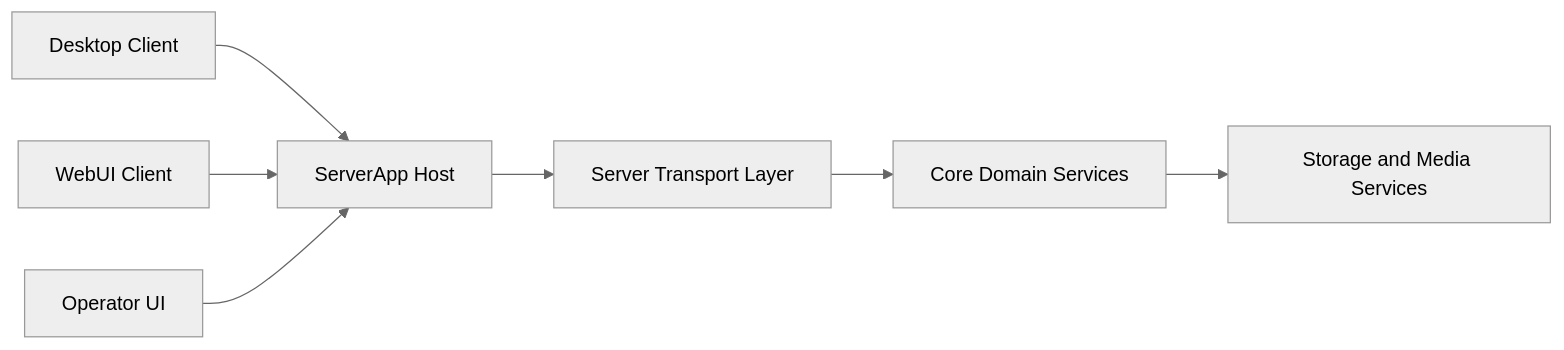
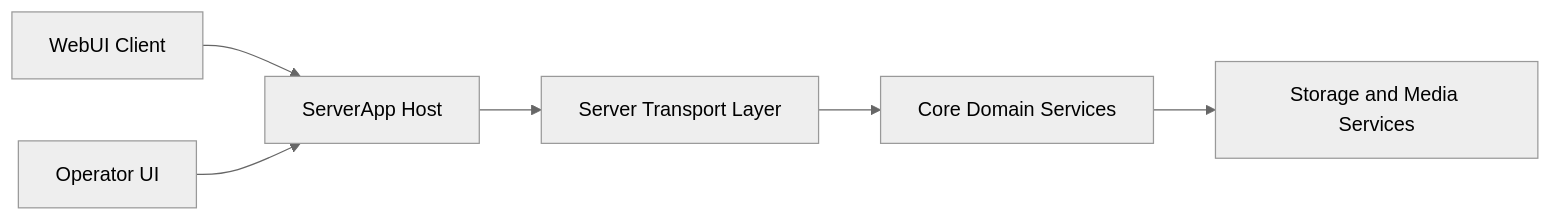
The diagram in docs/architecture.md (HugginsIndustries/ReelRoulette), drawn with Mermaid (neutral theme) before and after one commit. The commit also changed other lines of this file and 28 other files, not shown here.

````diff
--- a/docs/architecture.md
+++ b/docs/architecture.md
@@ -16,18 +16,16 @@
 ```mermaid
 flowchart LR
-    desktop[Desktop Client]
     web[WebUI Client]
     operator[Operator UI]
     host[ServerApp Host]
     transport[Server Transport Layer]
     domain[Core Domain Services]
     data[Storage and Media Services]
 
-    desktop --> host
     web --> host
     operator --> host
 
     host --> transport
     transport --> domain
     domain --> data
 ```
````
